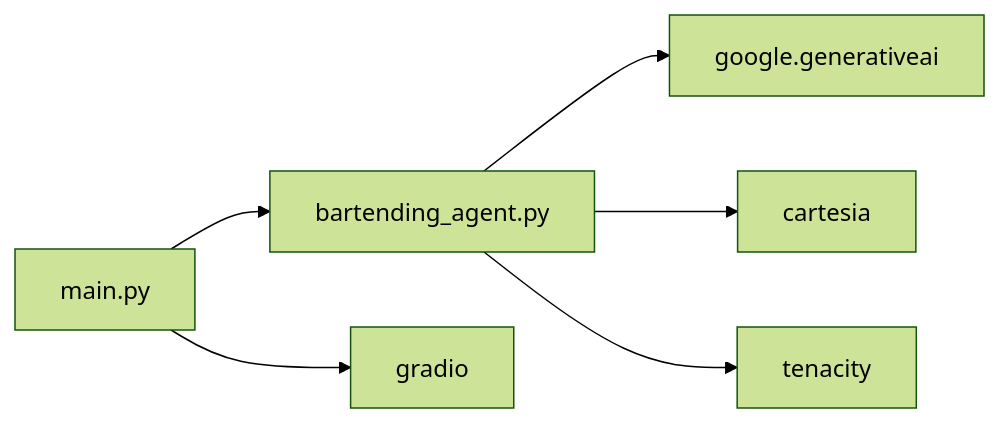
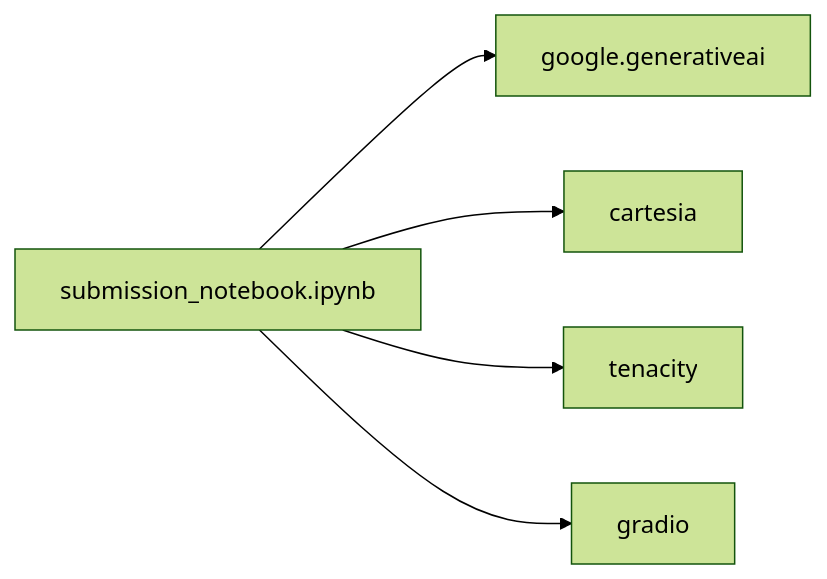
Before and after one commit to MOK-5-ha/MayaBartendingAgent: the fourth of 4 diagrams in .qoder/repowiki/en/content/AI Integration/Prompt Engineering Strategy.md, drawn with Mermaid (forest theme). The commit also changed other lines of this file and 14 other files, not shown here.

````diff
--- a/.qoder/repowiki/en/content/AI Integration/Prompt Engineering Strategy.md
+++ b/.qoder/repowiki/en/content/AI Integration/Prompt Engineering Strategy.md
@@ -136,8 +177,7 @@
 ```mermaid
 graph LR
-A[bartending_agent.py] --> B[google.generativeai]
+A[submission_notebook.ipynb] --> B[google.generativeai]
 A --> C[cartesia]
 A --> D[tenacity]
-E[main.py] --> F[gradio]
-E --> A
+A --> E[gradio]
 ```
````
